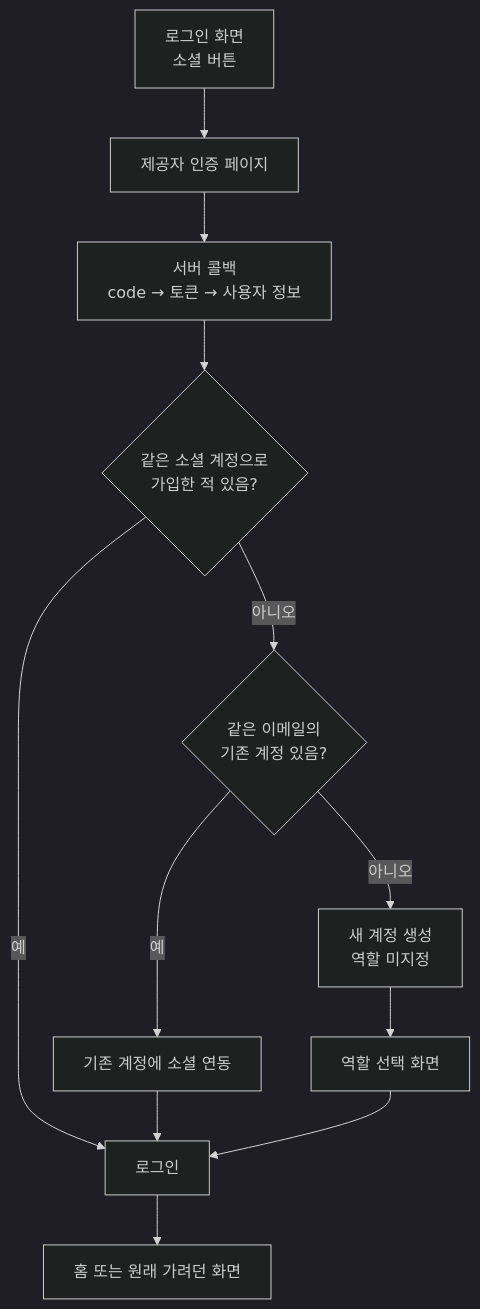
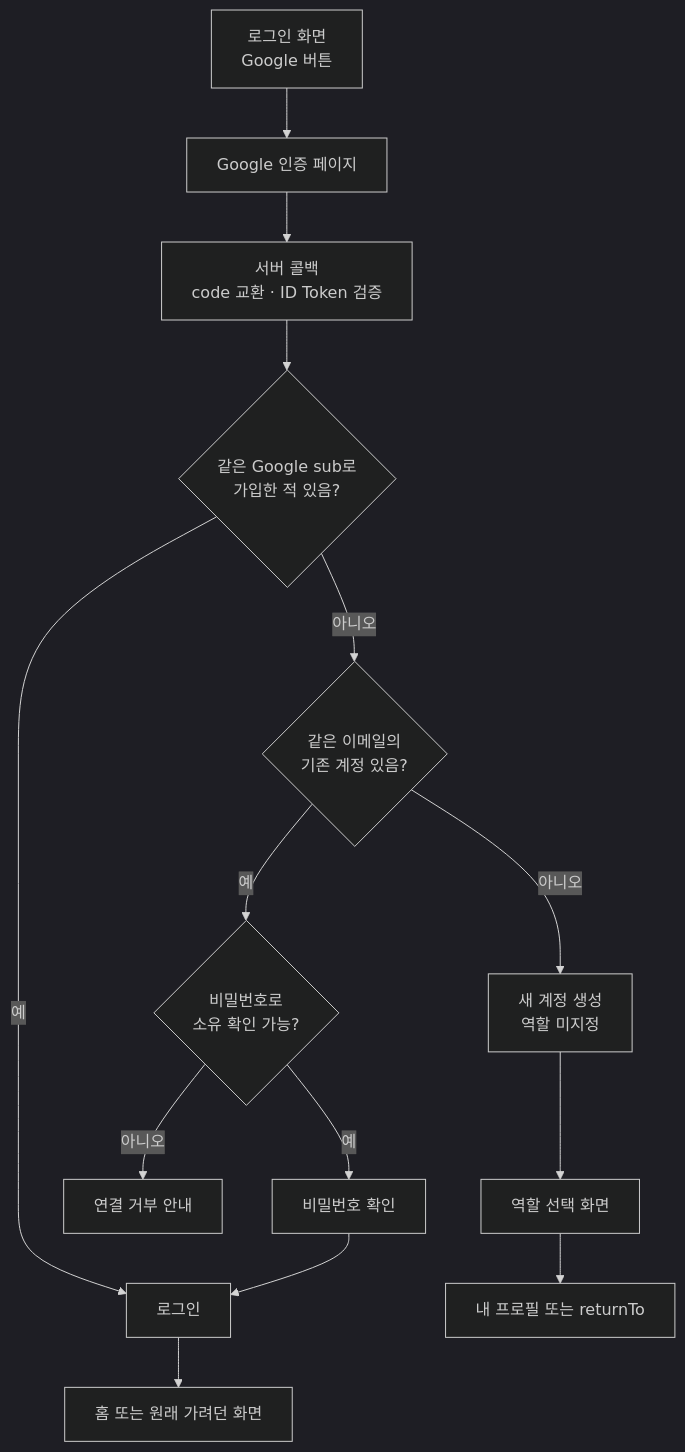
Before and after one commit to hellolinkproject-code/majupick: the second of 9 diagrams in planning/USER_FLOWS.md, drawn with Mermaid (dark theme). The commit also changed other lines of this file and 38 other files, not shown here.

````diff
--- a/planning/USER_FLOWS.md
+++ b/planning/USER_FLOWS.md
@@ -36,12 +36,15 @@
 ```mermaid
 flowchart TD
-  A[로그인 화면<br/>소셜 버튼] --> B[제공자 인증 페이지]
-  B --> C[서버 콜백<br/>code → 토큰 → 사용자 정보]
-  C --> D{같은 소셜 계정으로<br/>가입한 적 있음?}
+  A[로그인 화면<br/>Google 버튼] --> B[Google 인증 페이지]
+  B --> C[서버 콜백<br/>code 교환 · ID Token 검증]
+  C --> D{같은 Google sub로<br/>가입한 적 있음?}
   D -- 예 --> H[로그인]
   D -- 아니오 --> E{같은 이메일의<br/>기존 계정 있음?}
-  E -- 예 --> F[기존 계정에 소셜 연동] --> H
+  E -- 예 --> P{비밀번호로<br/>소유 확인 가능?}
+  P -- 아니오 --> X[연결 거부 안내]
+  P -- 예 --> F[비밀번호 확인] --> H
   E -- 아니오 --> G[새 계정 생성<br/>역할 미지정]
-  G --> R[역할 선택 화면] --> H
+  G --> R[역할 선택 화면]
+  R --> M[내 프로필 또는 returnTo]
   H --> I[홈 또는 원래 가려던 화면]
 ```
````
